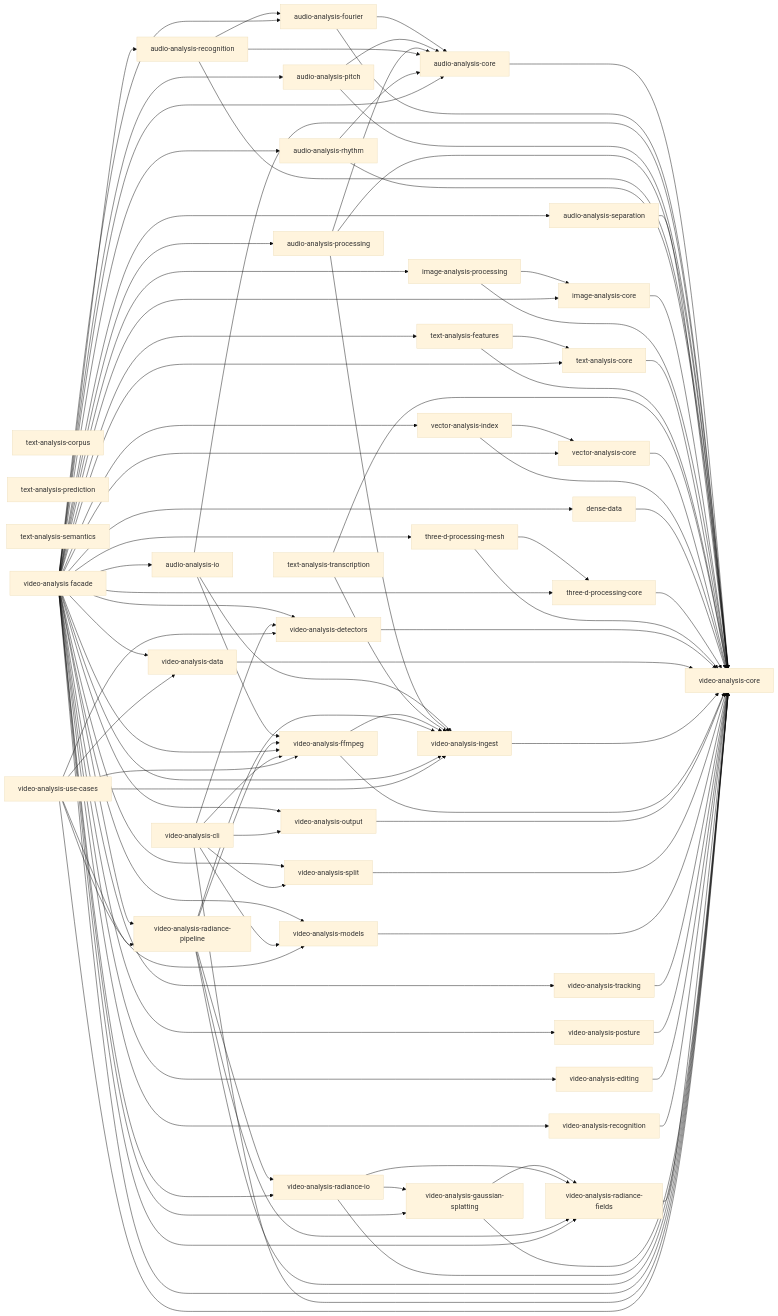
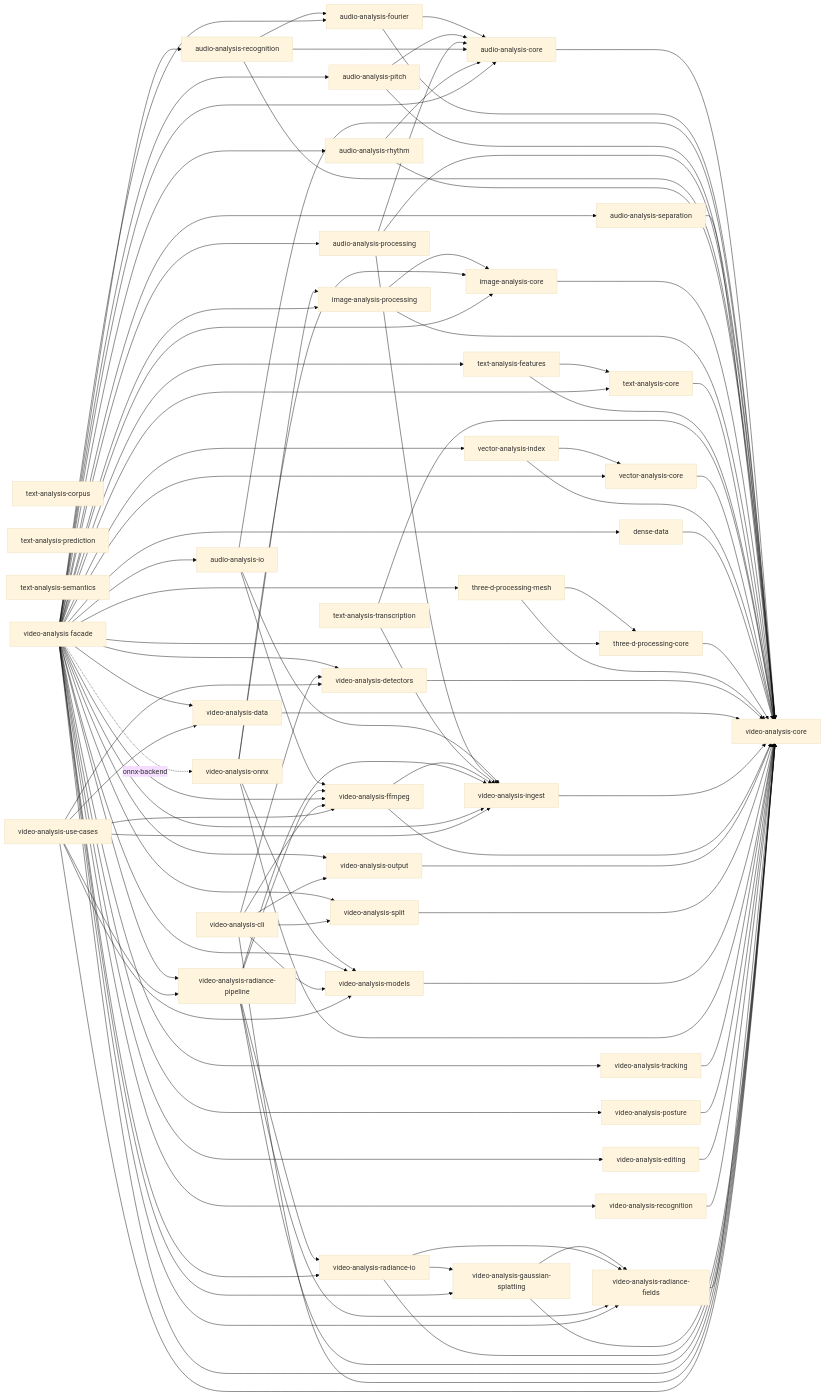
One commit to moritzbrantner/rust-packages changed the diagram in README.md. Above: the diagram before and after it, drawn with Mermaid (base theme). The commit also changed other lines of this file and 13 other files, not shown here.

First line of the commit message:
Add ONNX video analysis backend

```diff
--- a/README.md
+++ b/README.md
@@ -261,6 +264,7 @@
     output[video-analysis-output]
     split[video-analysis-split]
     models[video-analysis-models]
+    onnx[video-analysis-onnx]
     tracking[video-analysis-tracking]
     posture[video-analysis-posture]
     editing[video-analysis-editing]
@@ -315,6 +319,10 @@
     output --> core
     split --> core
     models --> core
+    onnx --> core
+    onnx --> models
+    onnx --> imagecore
+    onnx --> imageprocessing
     tracking --> core
     posture --> core
     editing --> core
@@ -337,6 +345,7 @@
     root --> ingest
     root --> ffmpeg
     root --> models
+    root -. onnx-backend .-> onnx
     root --> tracking
     root --> posture
     root --> editing
```
